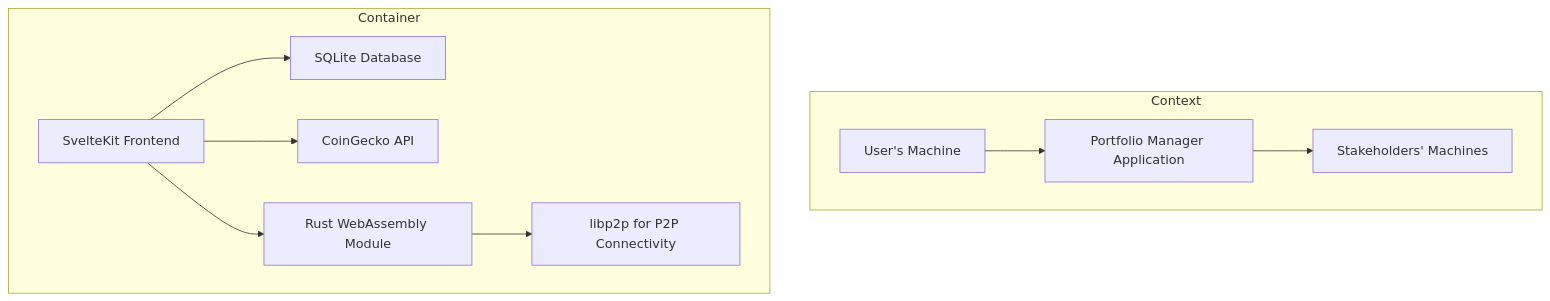
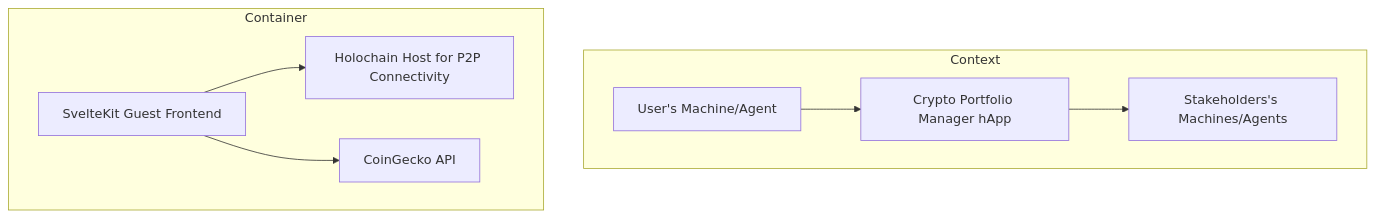
The diagram in documentation/specifications.md (Soushi888/crypto-portofolio-manager), drawn with Mermaid before and after one commit. The commit also changed other lines of this file, not shown here.

Commit message:
update specification with Holochain

````diff
--- a/documentation/specifications.md
+++ b/documentation/specifications.md
@@ -16,13 +17,11 @@
-```mermaid
+```mermaid 
 graph TD;
     subgraph "Context"
-        A[User's Machine] --> B[Portfolio Manager Application]
-        B --> C[Stakeholders' Machines]
+        A[User's Machine/Agent] --> B[Crypto Portfolio Manager hApp]
+        B --> C[Stakeholders's Machines/Agents]
     end
     subgraph "Container"
-        D[SvelteKit Frontend] --> E[SQLite Database]
+        D[SvelteKit Guest Frontend] --> E[Holochain Host for P2P Connectivity]
         D --> F[CoinGecko API]
-        D --> G[Rust WebAssembly Module]
-        G --> H[libp2p for P2P Connectivity]
     end
 ```
````
